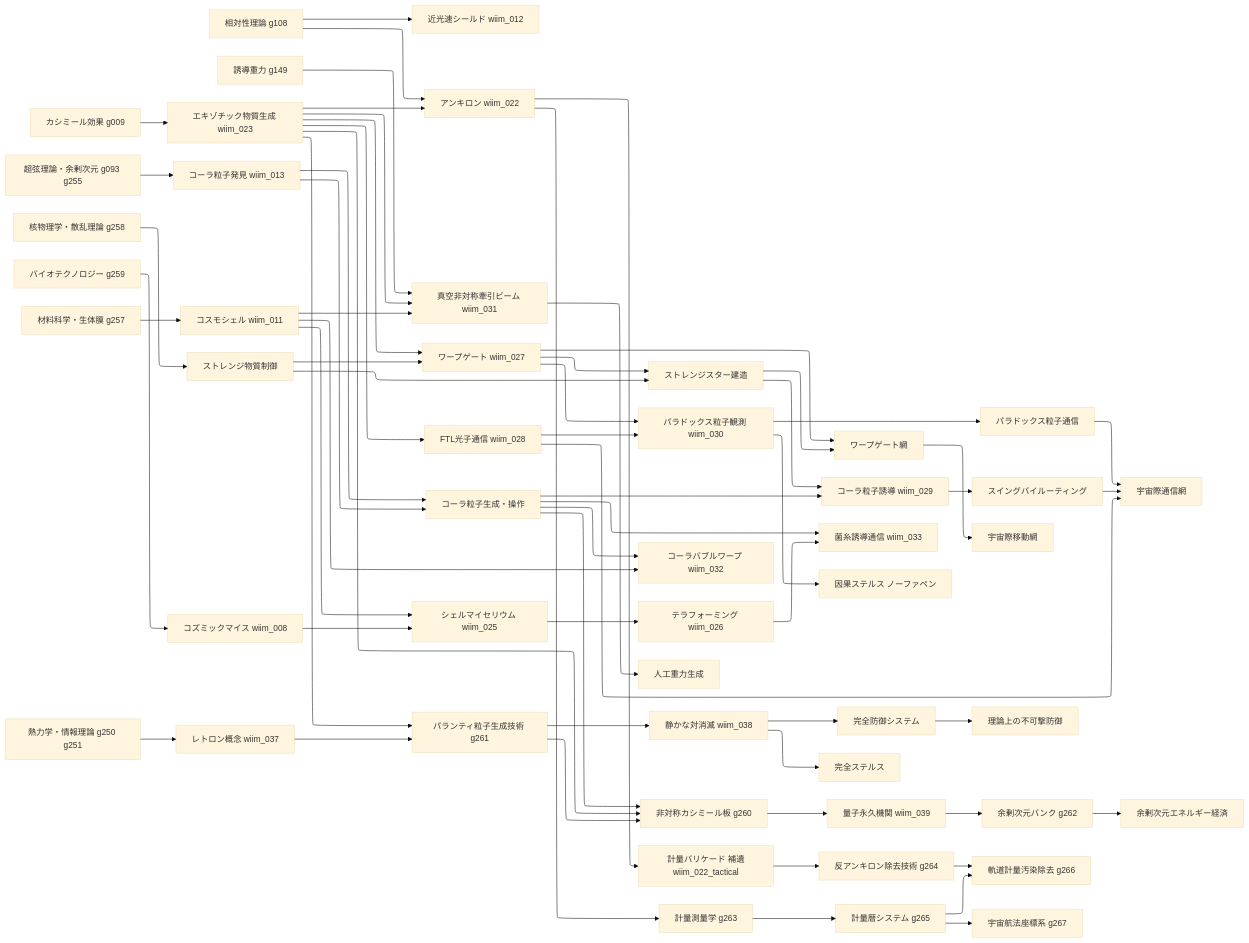
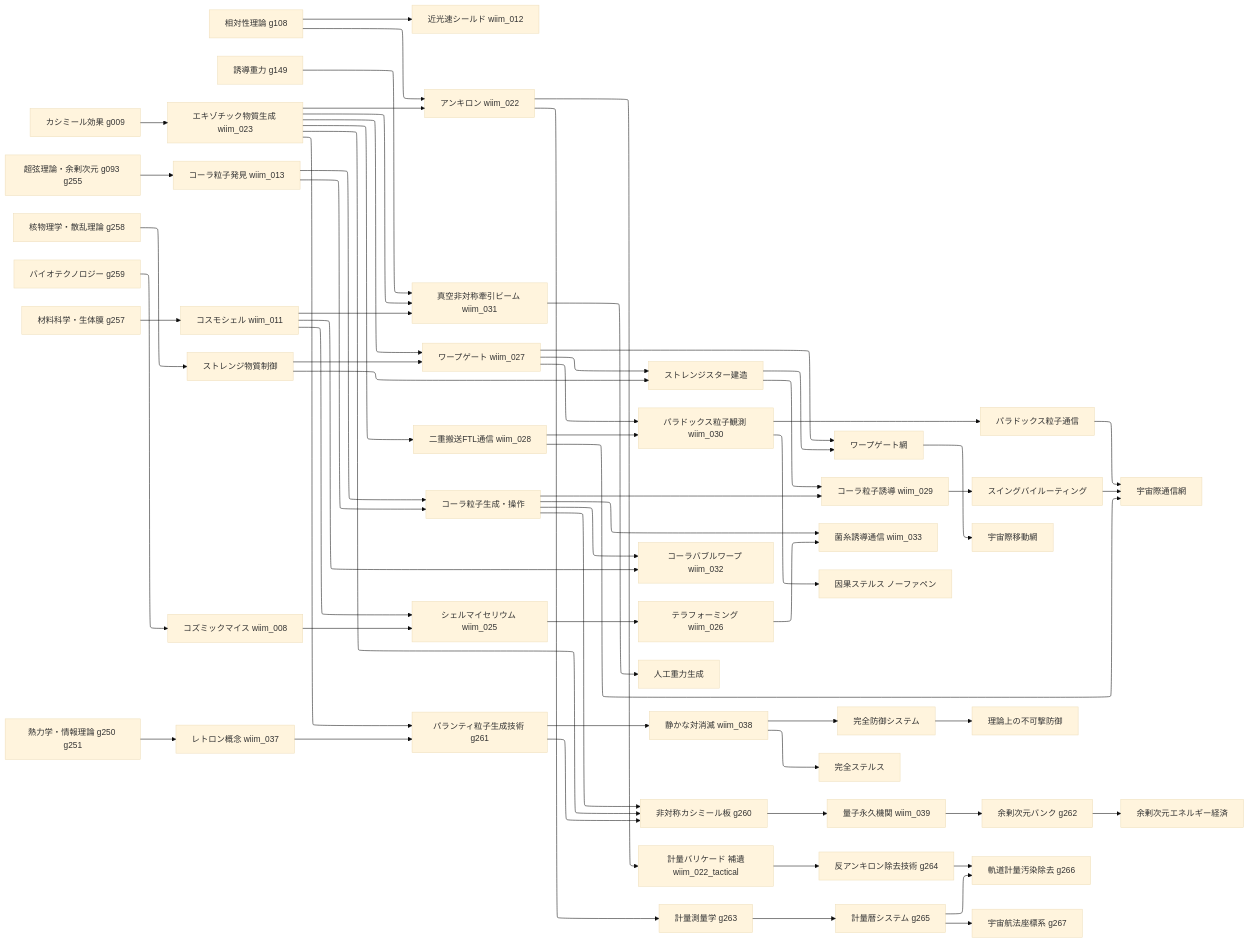
One commit to theronium/WhatIfImpossible changed the first of 11 diagrams in docs/notes/tech_tree.md. Above: the diagram before and after it, drawn with Mermaid (base theme). The commit also changed other lines of this file and 1 other file, not shown here.

````diff
--- a/docs/notes/tech_tree.md
+++ b/docs/notes/tech_tree.md
@@ -16,78 +16,78 @@
 ```mermaid
 %%{init: {"layout": "elk"}}%%
 flowchart LR
     C0A[カシミール効果 g009]
     C0B[超弦理論・余剰次元 g093 g255]
     C0C[核物理学・散乱理論 g258]
     C0D[バイオテクノロジー g259]
     C0E[相対性理論 g108]
     C0F[材料科学・生体膜 g257]
     C0G[誘導重力 g149]
     C0H[熱力学・情報理論 g250 g251]
 
     C0A --> T1A[エキゾチック物質生成 wiim_023]
     C0B --> T1B[コーラ粒子発見 wiim_013]
     C0F --> T1C[コスモシェル wiim_011]
     C0C --> T1D[ストレンジ物質制御]
     C0D --> T1E[コズミックマイス wiim_008]
     C0E --> T2F[近光速シールド wiim_012]
     C0E --> T1F[アンキロン wiim_022]
     T1A --> T1F
     C0G --> T2G[真空非対称牽引ビーム wiim_031]
 
     T1A --> T2A[ワープゲート wiim_027]
-    T1A --> T2B[FTL光子通信 wiim_028]
+    T1A --> T2B[二重搬送FTL通信 wiim_028]
     T1A --> T2G
     T1B --> T2C[コーラ粒子生成・操作]
     T1C --> T2E[シェルマイセリウム wiim_025]
     T1C --> T2G
     T1D --> T2A
     T1D --> T2D[ストレンジスター建造]
     T1E --> T2E
 
     T2A --> T2D
     T2A --> T3A[ワープゲート網]
     T2A --> T2H[パラドックス粒子観測 wiim_030]
     T2B --> T2H
     T2C --> T3B[コーラ粒子誘導 wiim_029]
     T2C --> T3I[コーラバブルワープ wiim_032]
     T1C --> T3I
     T2D --> T3A
     T2D --> T3B
     T2E --> T3C[テラフォーミング wiim_026]
     T2C --> T3H[菌糸誘導通信 wiim_033]
     T3C --> T3H
     T2G --> T3E[人工重力生成]
     T2H --> T3F[因果ステルス ノーファペン]
     T2H --> T3G[パラドックス粒子通信]
 
     T3B --> T3D[スイングバイルーティング]
     T3D --> T4B[宇宙際通信網]
     T3A --> T4A[宇宙際移動網]
     T2B --> T4B
     T3G --> T4B
 
     C0H --> T1G[レトロン概念 wiim_037]
     T1A --> T1H[パランティ粒子生成技術 g261]
     T1G --> T1H
     T1H --> T2N[静かな対消滅 wiim_038]
     T2N --> T3M[完全防御システム]
     T2N --> T3N[完全ステルス]
     T3M --> T4D[理論上の不可撃防御]
 
     T1A --> T1I[非対称カシミール板 g260]
     T1B --> T2C
     T2C --> T1I
     T1I --> T2O[量子永久機関 wiim_039]
     T1H --> T1I
     T2O --> T3P[余剰次元バンク g262]
     T3P --> T4E[余剰次元エネルギー経済]
 
     T1F --> T2K[計量バリケード 補遺wiim_022_tactical]
     T1F --> T2L[計量測量学 g263]
     T2K --> T2M[反アンキロン除去技術 g264]
     T2L --> T3K[計量暦システム g265]
     T2M --> T3L[軌道計量汚染除去 g266]
     T3K --> T3L
     T3K --> T4C[宇宙航法座標系 g267]
 ```
````
